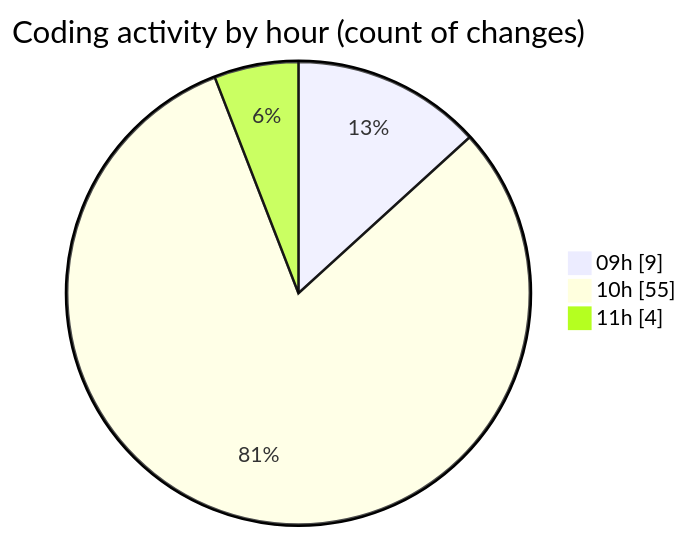
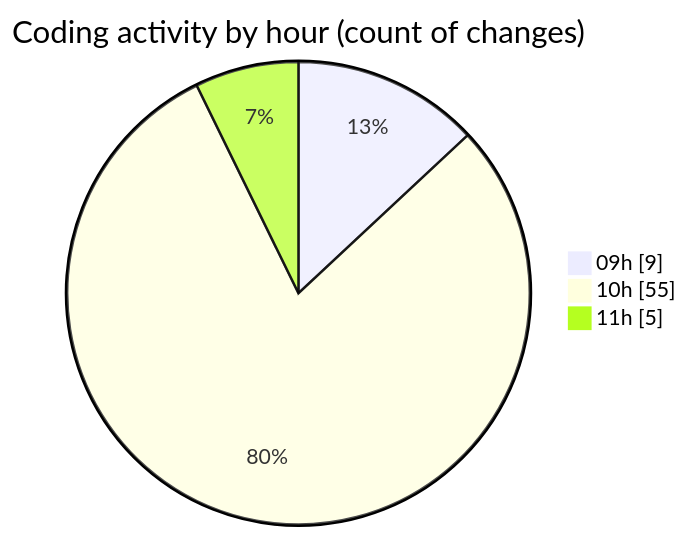
The second of 2 diagrams in 2025-03-04/termonied_testador/README.md (robertbonfada/code-tracking), drawn with Mermaid before and after one commit. The commit also changed other lines of this file and 1 other file, not shown here.

````diff
--- a/2025-03-04/termonied_testador/README.md
+++ b/2025-03-04/termonied_testador/README.md
@@ -37,7 +37,7 @@
 ```mermaid
 pie showData
 title Coding activity by hour (count of changes)
 "09h" : 9
 "10h" : 55
-"11h" : 4
+"11h" : 5
 ```
````
